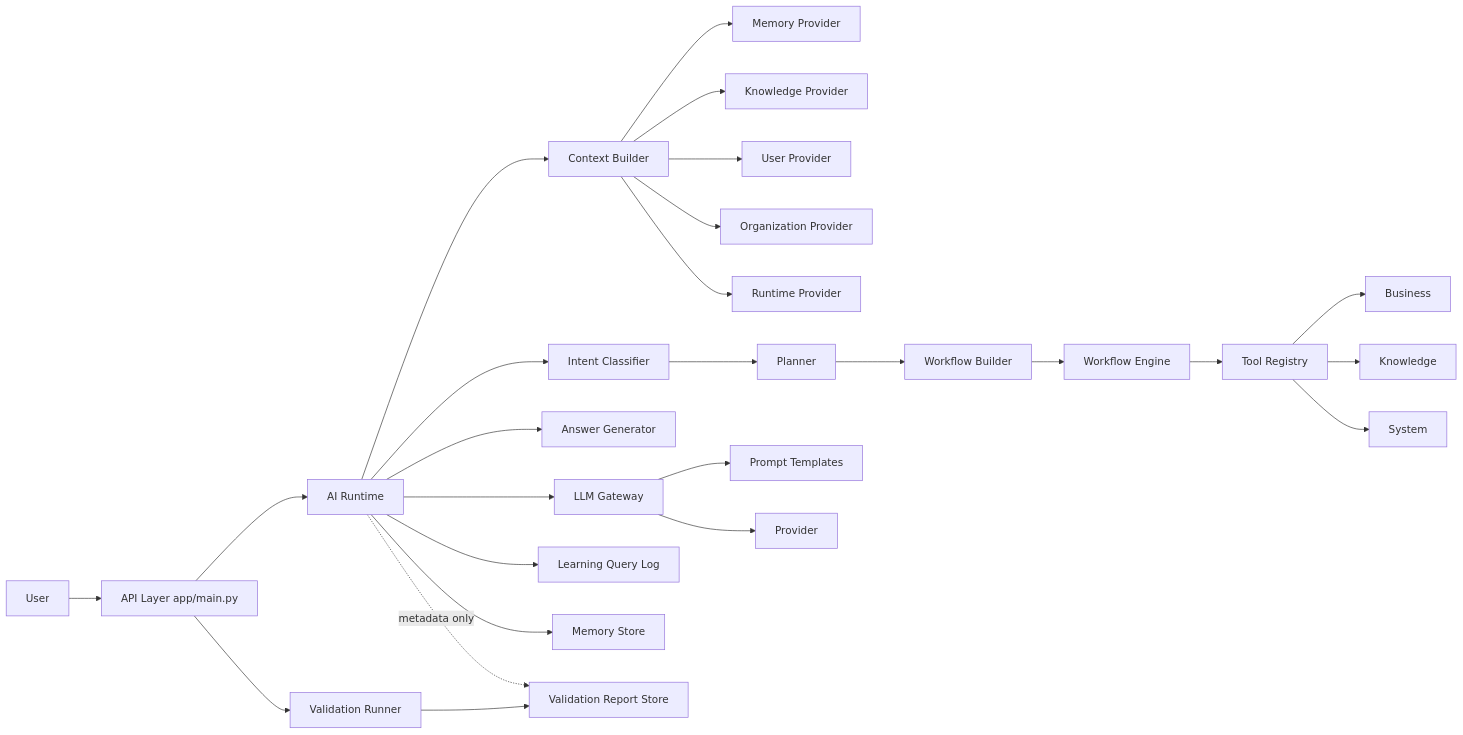
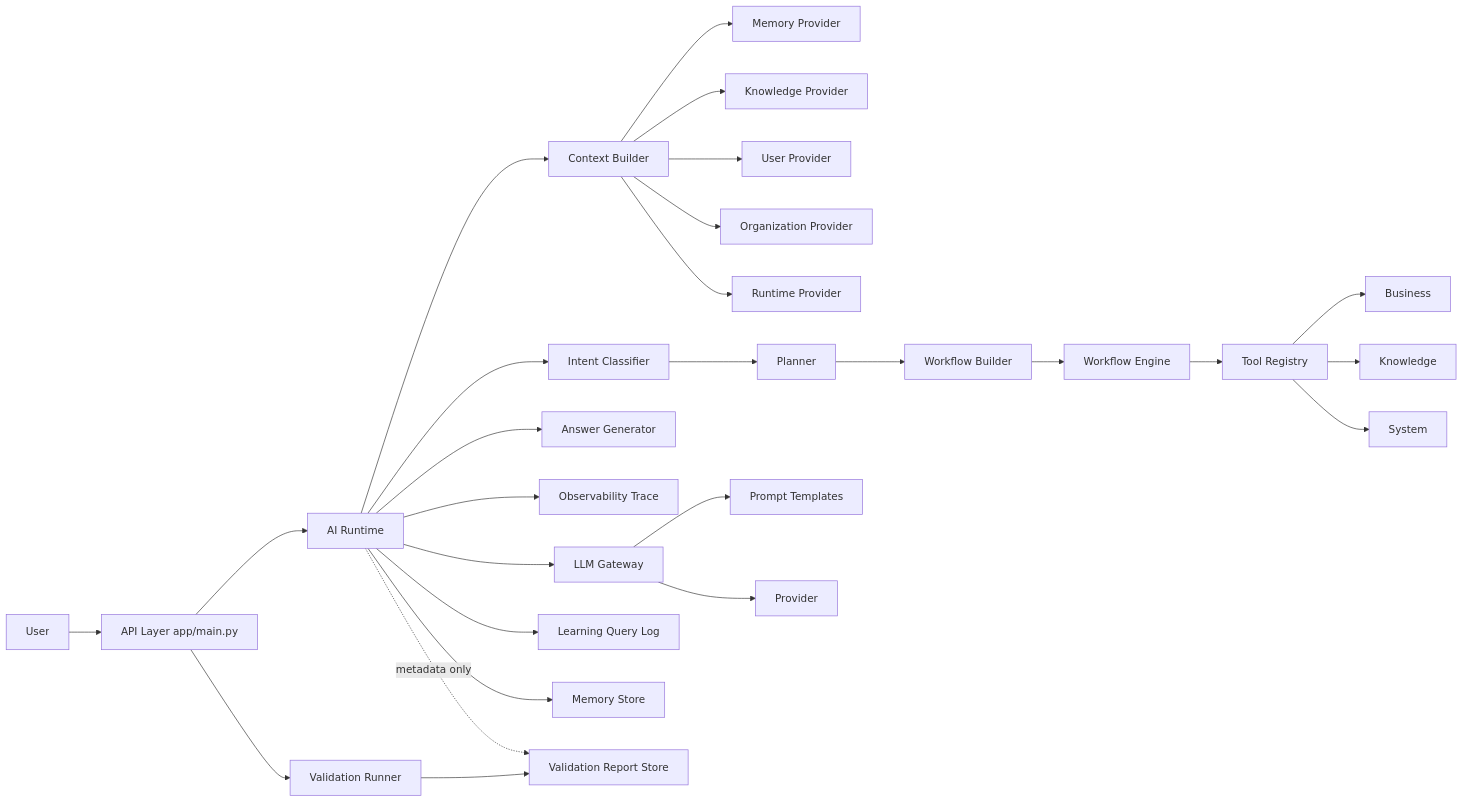
The diagram in docs/architecture.md (takagoshi-beep/logs-ai-platform), drawn with Mermaid before and after one commit. The commit also changed other lines of this file and 33 other files, not shown here.

First line of the commit message:
git commit -m "feat: establish conversational AI runtime architecture"

````diff
--- a/docs/architecture.md
+++ b/docs/architecture.md
@@ -104,28 +121,29 @@
 ```mermaid
 flowchart LR
   U[User] --> API[API Layer app/main.py]
   API --> RT[AI Runtime]
   API --> VAL[Validation Runner]
   RT --> CTX[Context Builder]
   RT --> INT[Intent Classifier]
   CTX --> MEM[Memory Provider]
   CTX --> KCTX[Knowledge Provider]
   CTX --> UCTX[User Provider]
   CTX --> ORG[Organization Provider]
   CTX --> RCTX[Runtime Provider]
   INT --> PL[Planner]
   PL --> WF[Workflow Builder]
   WF --> WFE[Workflow Engine]
   WFE --> TR[Tool Registry]
   TR --> BIZ[Business]
   TR --> KNO[Knowledge]
   TR --> SYS[System]
   RT --> ANS[Answer Generator]
+  RT --> OBS[Observability Trace]
   RT --> GW[LLM Gateway]
   GW --> PR[Prompt Templates]
   GW --> LLM[Provider]
   RT --> LRN[Learning Query Log]
   RT --> MEMW[Memory Store]
   VAL --> VREP[Validation Report Store]
   RT -. metadata only .-> VREP
 ```
````
